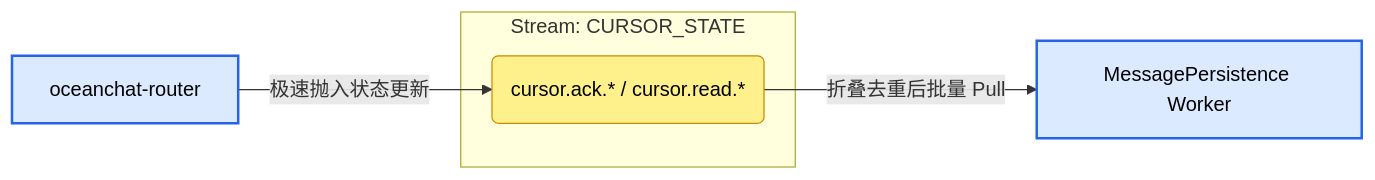
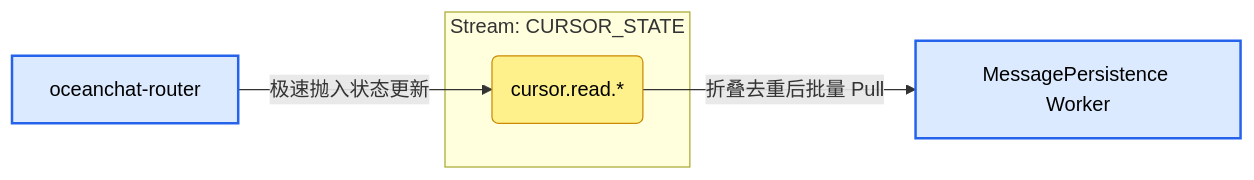
The seventh of 12 diagrams in i18n/zh-CN/docusaurus-plugin-content-docs/current/devdocs/jetstream-strategy.md (JamesWilson19970101/ocean.chat.docs), drawn with Mermaid before and after one commit. The commit also changed other lines of this file and 5 other files, not shown here.

First line of the commit message:
docs(architecture): update JetStream strategy, microservices and ADRs

````diff
--- a/i18n/zh-CN/docusaurus-plugin-content-docs/current/devdocs/jetstream-strategy.md
+++ b/i18n/zh-CN/docusaurus-plugin-content-docs/current/devdocs/jetstream-strategy.md
@@ -341,16 +338,16 @@
 ```mermaid
 flowchart LR
   classDef gateway fill:#f3e8ff,stroke:#9333ea,stroke-width:2px,color:#000;
   classDef service fill:#dbeafe,stroke:#2563eb,stroke-width:2px,color:#000;
   classDef subject fill:#fef08a,stroke:#ca8a04,stroke-width:1px,color:#000;
 
   P[oceanchat-router]:::service
   C[MessagePersistence Worker]:::service
 
   subgraph Stream: CURSOR_STATE
-    SUB(cursor.ack.* / cursor.read.*):::subject
+    SUB(cursor.read.*):::subject
   end
 
   P -- 极速抛入状态更新 --> SUB
   SUB -- 折叠去重后批量 Pull --> C
 ```
````
